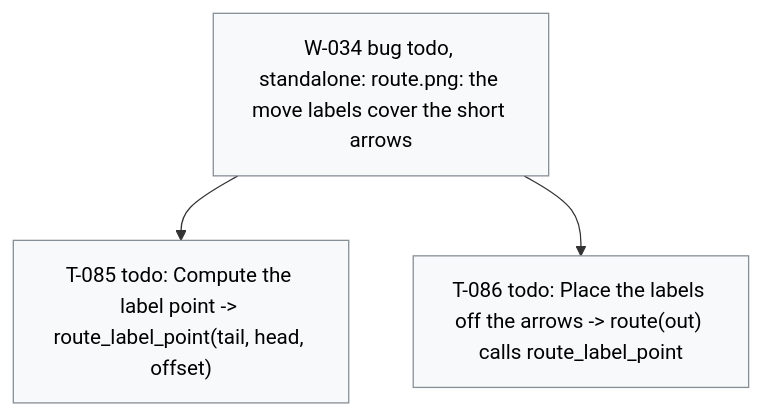
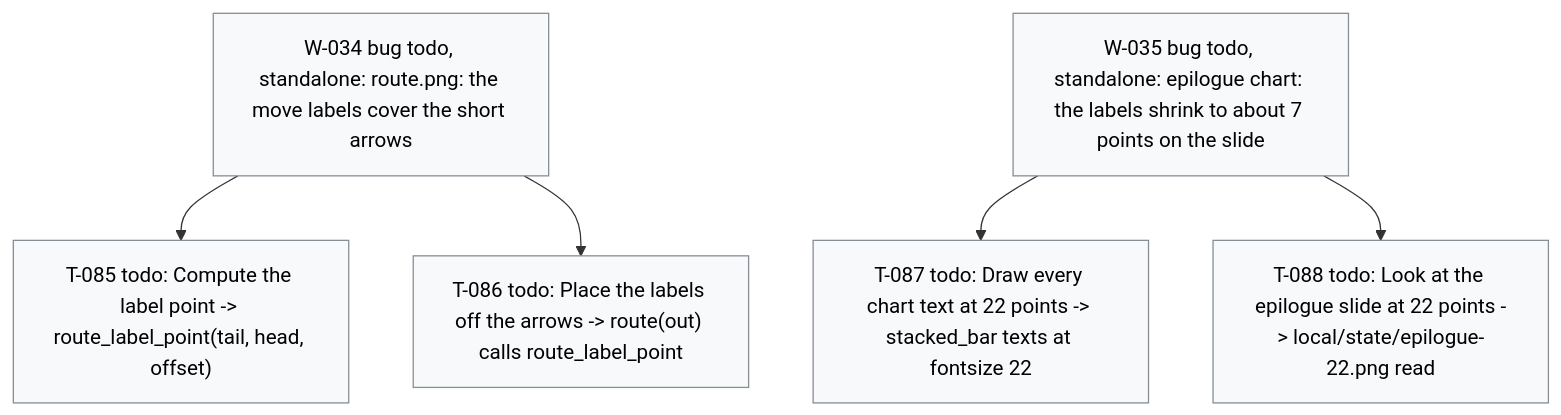
The diagram in .board/BOARD.md (dpopchev/chaos-to-simple), drawn with Mermaid before and after one commit. The commit also changed other lines of this file and 3 other files, not shown here.

````diff
--- a/.board/BOARD.md
+++ b/.board/BOARD.md
@@ -227,12 +228,15 @@
 ```mermaid
 flowchart TD
   W034["W-034 bug todo, standalone: route.png: the move labels cover the short arrows"]
   W034 --> T085["T-085 todo: Compute the label point -> route_label_point(tail, head, offset)"]
   W034 --> T086["T-086 todo: Place the labels off the arrows -> route(out) calls route_label_point"]
+  W035["W-035 bug todo, standalone: epilogue chart: the labels shrink to about 7 points on the slide"]
+  W035 --> T087["T-087 todo: Draw every chart text at 22 points -> stacked_bar texts at fontsize 22"]
+  W035 --> T088["T-088 todo: Look at the epilogue slide at 22 points -> local/state/epilogue-22.png read"]
   classDef doing fill:#fff3bf,stroke:#b58900,color:#000;
   classDef blocked fill:#ffe3e3,stroke:#c92a2a,color:#000;
   classDef done fill:#e6ffed,stroke:#2b8a3e,color:#000;
   classDef todo fill:#f8f9fa,stroke:#868e96,color:#000;
   classDef pruned fill:#f1f3f5,stroke:#adb5bd,color:#000;
-  class W034,T085,T086 todo
+  class W034,T085,T086,W035,T087,T088 todo
 ```
````
